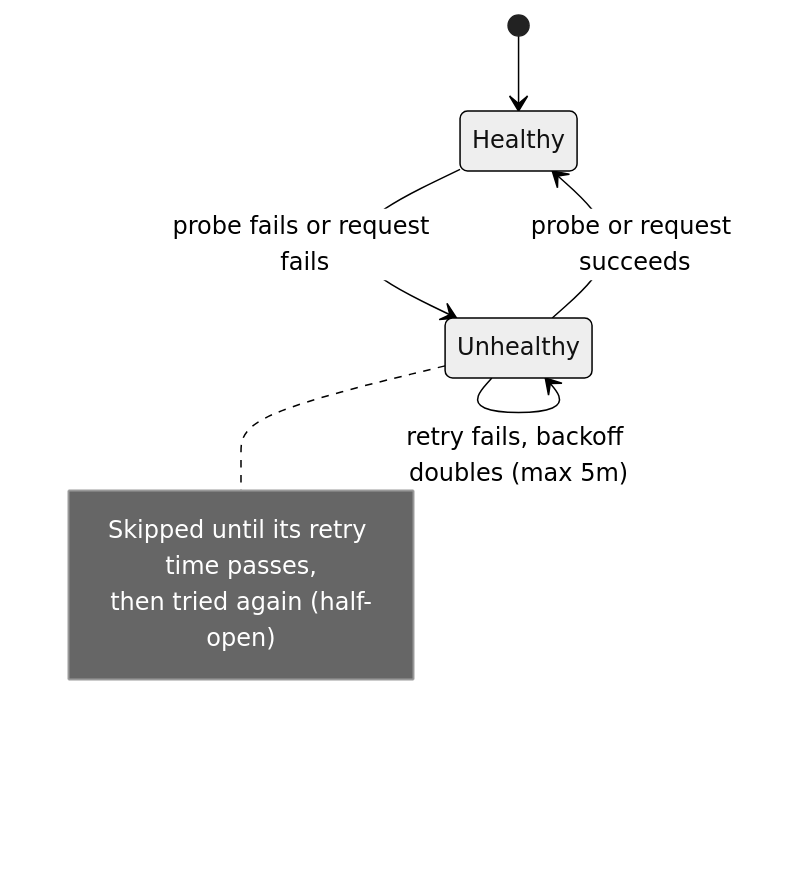
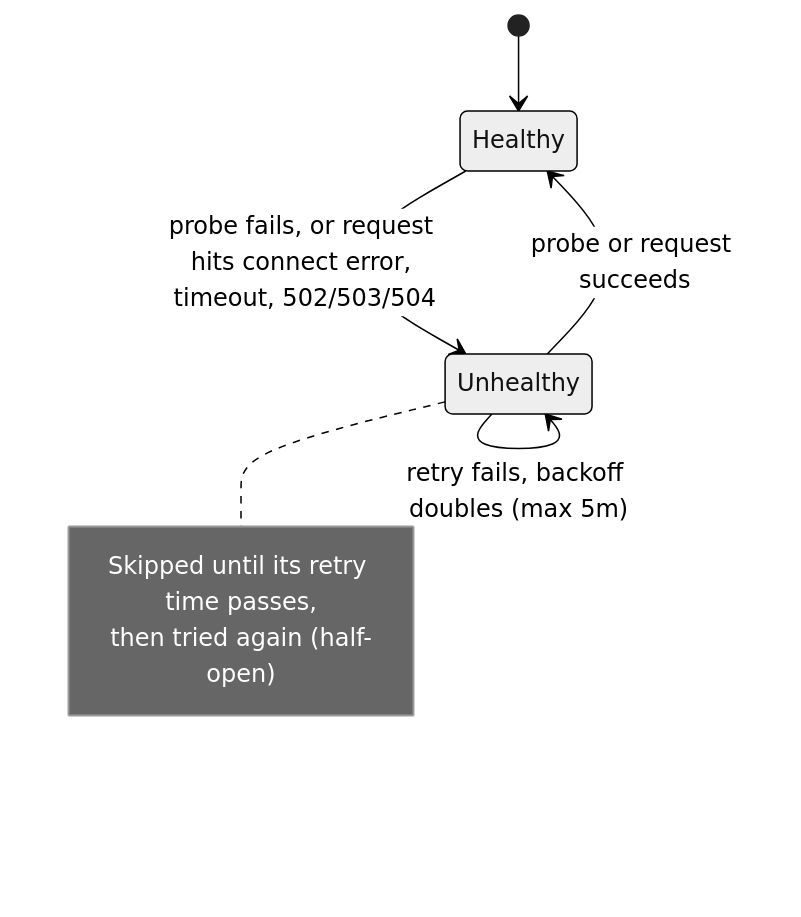
One commit to zhuanyi/lite-model-router changed the second of 3 diagrams in README.md. Above: the diagram before and after it, drawn with Mermaid (neutral theme). The commit also changed other lines of this file and 1 other file, not shown here.

First line of the commit message:
docs: add SVG hero banner and fix README diagrams

````diff
--- a/README.md
+++ b/README.md
@@ -56,11 +56,11 @@
 ```mermaid
 stateDiagram-v2
     [*] --> Healthy
-    Healthy --> Unhealthy: probe fails or request fails
+    Healthy --> Unhealthy: probe fails, or request hits connect error, timeout, 502/503/504
     Unhealthy --> Unhealthy: retry fails, backoff doubles (max 5m)
     Unhealthy --> Healthy: probe or request succeeds
     note right of Unhealthy
         Skipped until its retry time passes,
         then tried again (half-open)
     end note
 ```
````
